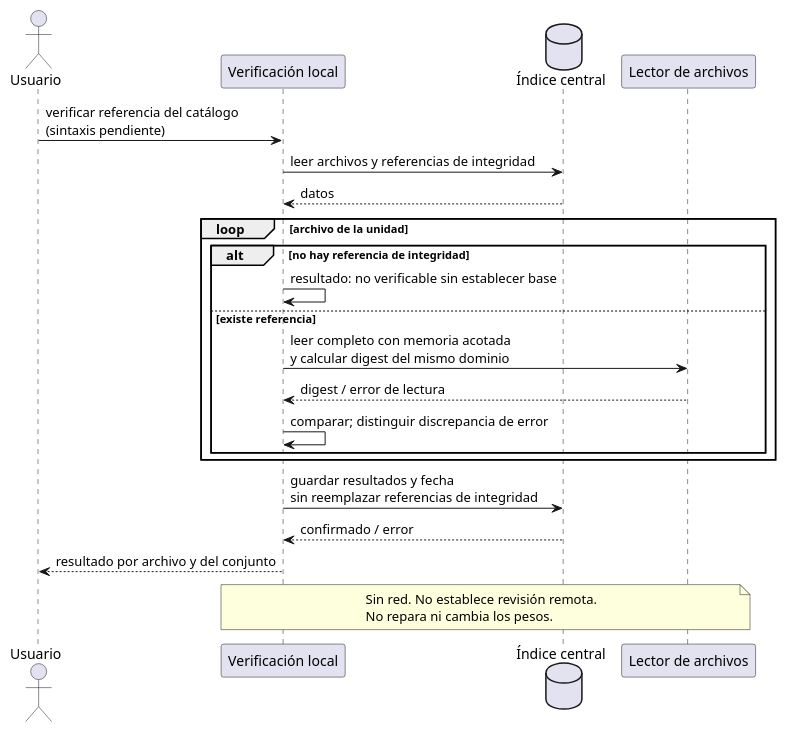
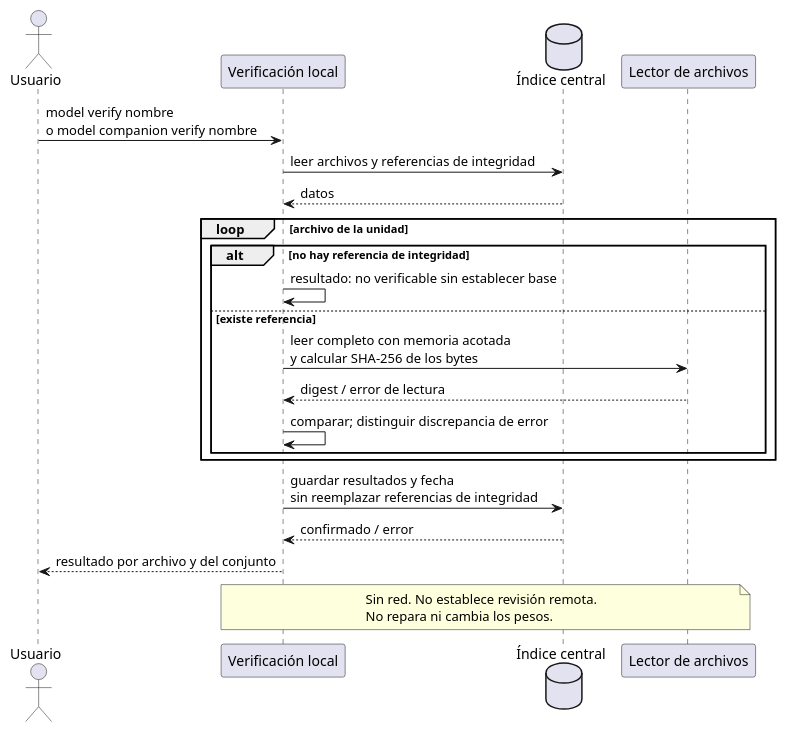
One commit to mstranich/coquena changed the seventh of 7 diagrams in docs/secuencias.md. Above: the diagram before and after it, drawn with PlantUML. The commit also changed other lines of this file and 4 other files, not shown here.

````diff
--- a/docs/secuencias.md
+++ b/docs/secuencias.md
@@ -433,27 +438,27 @@
 ```plantuml
 @startuml
 actor Usuario as U
 participant "Verificación local" as V
 database "Índice central" as I
 participant "Lector de archivos" as F
-U -> V : verificar referencia del catálogo\n(sintaxis pendiente)
+U -> V : model verify nombre\no model companion verify nombre
 V -> I : leer archivos y referencias de integridad
 I --> V : datos
 loop archivo de la unidad
   alt no hay referencia de integridad
     V -> V : resultado: no verificable sin establecer base
   else existe referencia
-    V -> F : leer completo con memoria acotada\ny calcular digest del mismo dominio
+    V -> F : leer completo con memoria acotada\ny calcular SHA-256 de los bytes
     F --> V : digest / error de lectura
     V -> V : comparar; distinguir discrepancia de error
   end
 end
 V -> I : guardar resultados y fecha\nsin reemplazar referencias de integridad
 I --> V : confirmado / error
 V --> U : resultado por archivo y del conjunto
 note over V,F
   Sin red. No establece revisión remota.
   No repara ni cambia los pesos.
 end note
 @enduml
 ```
````
